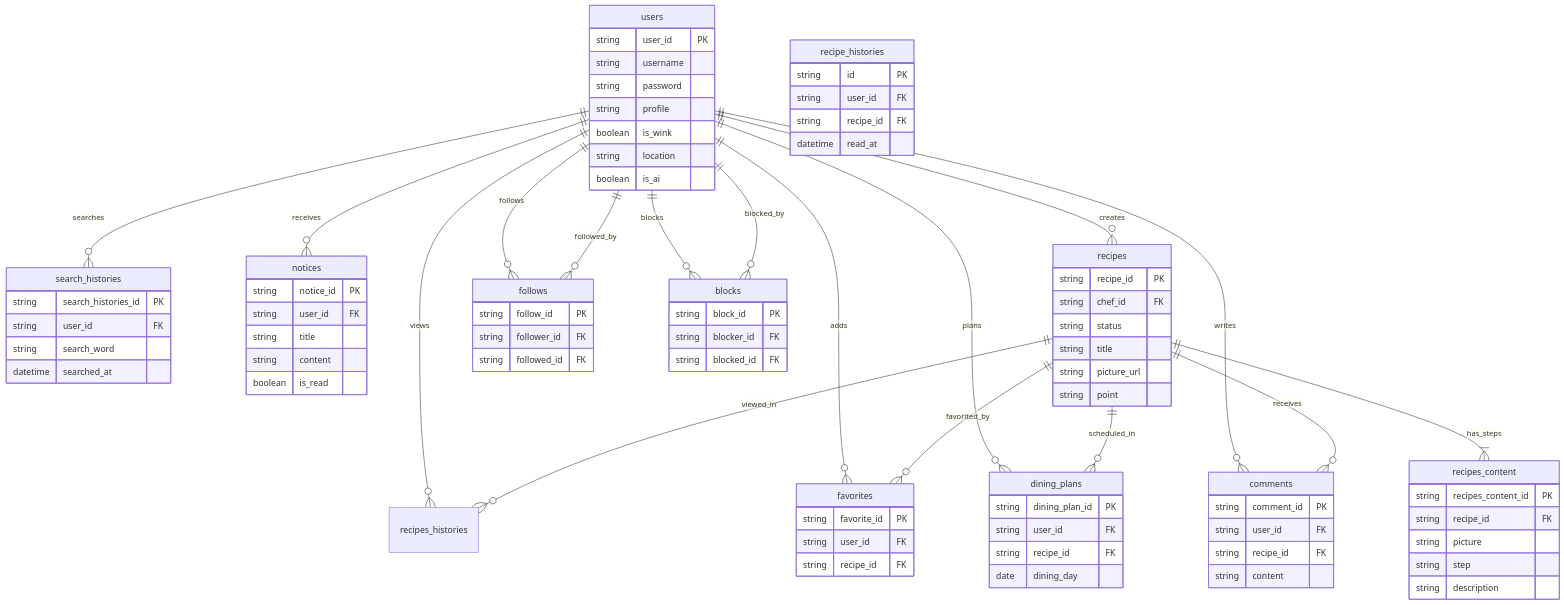
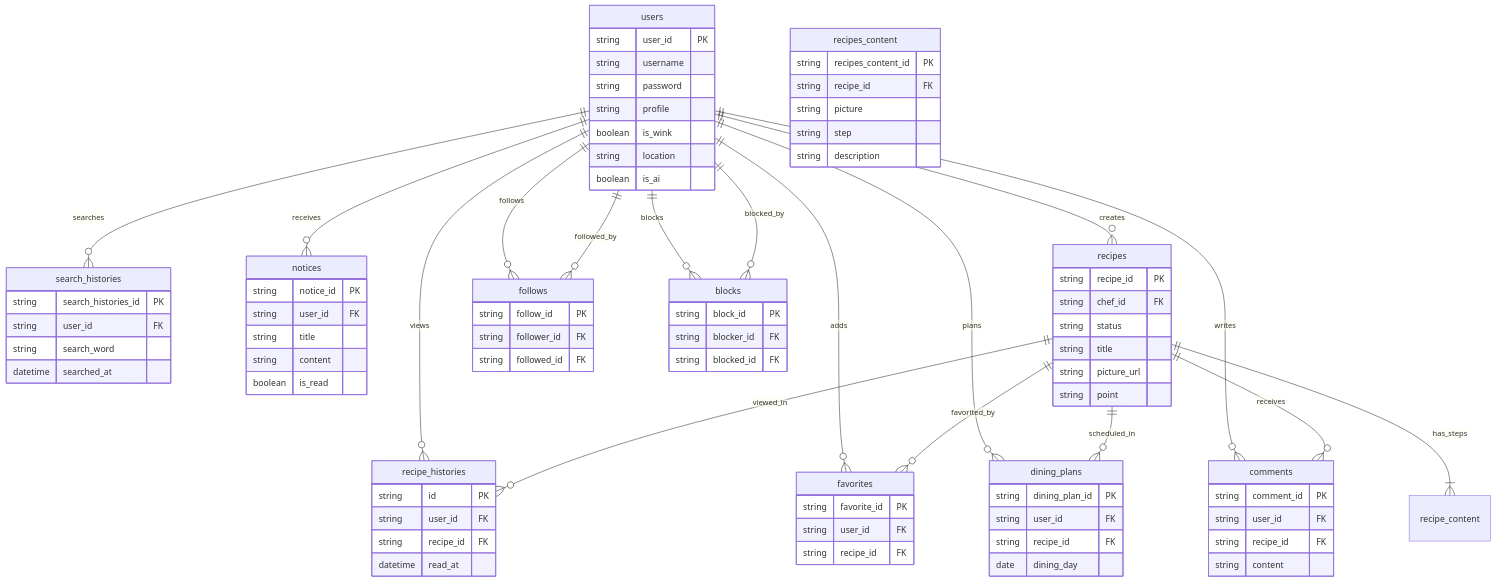
One commit to ko-tarou/JPHACKS2025 changed the diagram in docs/database.md. Above: the diagram before and after it, drawn with Mermaid.

Commit message:
fix スペルミス修正

````diff
--- a/docs/database.md
+++ b/docs/database.md
@@ -74,7 +74,7 @@
   }
   
   users ||--o{ search_histories : "searches"
-  users ||--o{ recipes_histories : "views"
+  users ||--o{ recipe_histories : "views"
   users ||--o{ notices : "receives"
   users ||--o{ favorites : "adds"
   users ||--o{ dining_plans : "plans"
@@ -87,6 +87,6 @@
   recipes ||--o{ favorites : "favorited_by"
   recipes ||--o{ dining_plans : "scheduled_in"
   recipes ||--o{ comments : "receives"
-  recipes ||--o{ recipes_histories : "viewed_in"
-  recipes ||--|{ recipes_content : "has_steps"
+  recipes ||--o{ recipe_histories : "viewed_in"
+  recipes ||--|{ recipe_content : "has_steps"
 ```
````
